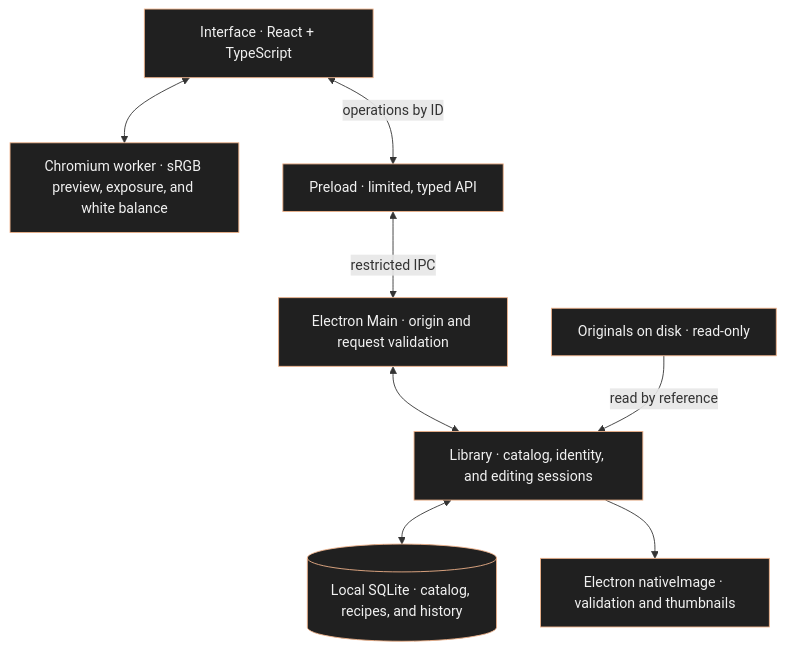
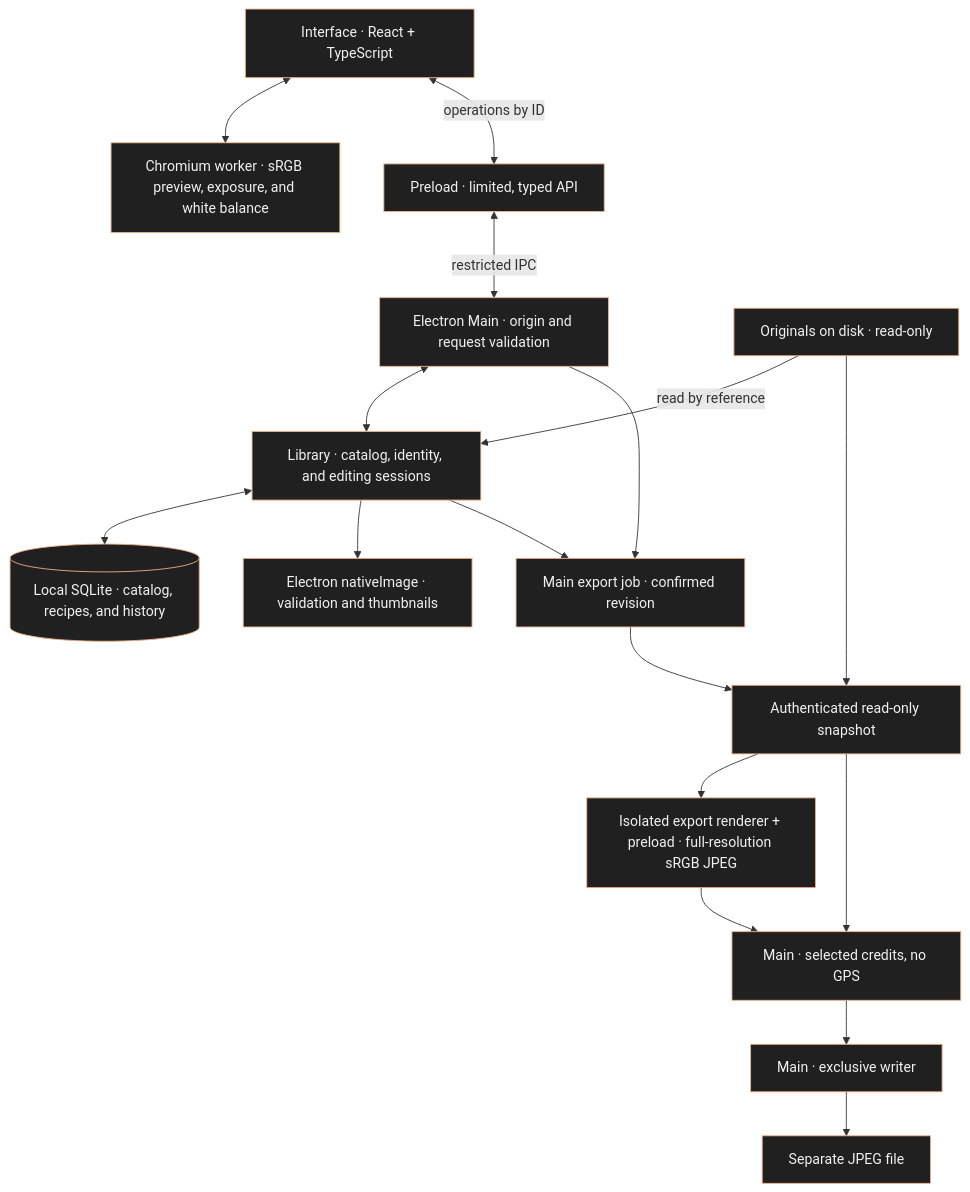
The diagram in README.md (glaucia86/revelumo), drawn with Mermaid before and after one commit. The commit also changed other lines of this file and 41 other files, not shown here.

First line of the commit message:
feat: export confirmed editor revisions as safe full-resolution JPEG

````diff
--- a/README.md
+++ b/README.md
@@ -224,22 +228,38 @@
 ```mermaid
 flowchart TB
     UI["Interface · React + TypeScript"]
     EDIT["Chromium worker · sRGB preview, exposure, and white balance"]
     PRE["Preload · limited, typed API"]
     MAIN["Electron Main · origin and request validation"]
     LIB["Library · catalog, identity, and editing sessions"]
     DB[("Local SQLite · catalog, recipes, and history")]
     DEC["Electron nativeImage · validation and thumbnails"]
     FILES["Originals on disk · read-only"]
 
     UI <--> EDIT
     UI <-->|"operations by ID"| PRE
     PRE <-->|"restricted IPC"| MAIN
     MAIN <--> LIB
     LIB <--> DB
     LIB --> DEC
     FILES -->|"read by reference"| LIB
 
+    JOB["Main export job · confirmed revision"]
+    SNAP["Authenticated read-only snapshot"]
+    ENGINE["Isolated export renderer + preload · full-resolution sRGB JPEG"]
+    META["Main · selected credits, no GPS"]
+    WRITE["Main · exclusive writer"]
+    OUTPUT["Separate JPEG file"]
+    MAIN --> JOB
+    LIB --> JOB
+    JOB --> SNAP
+    FILES --> SNAP
+    SNAP --> ENGINE
+    SNAP --> META
+    ENGINE --> META
+    META --> WRITE
+    WRITE --> OUTPUT
+
     classDef local fill:#202020,stroke:#efb28a,color:#f1f1f1;
-    class UI,EDIT,PRE,MAIN,LIB,DB,DEC,FILES local;
+    class UI,EDIT,PRE,MAIN,LIB,DB,DEC,FILES,JOB,SNAP,ENGINE,META,WRITE,OUTPUT local;
 ```
````
